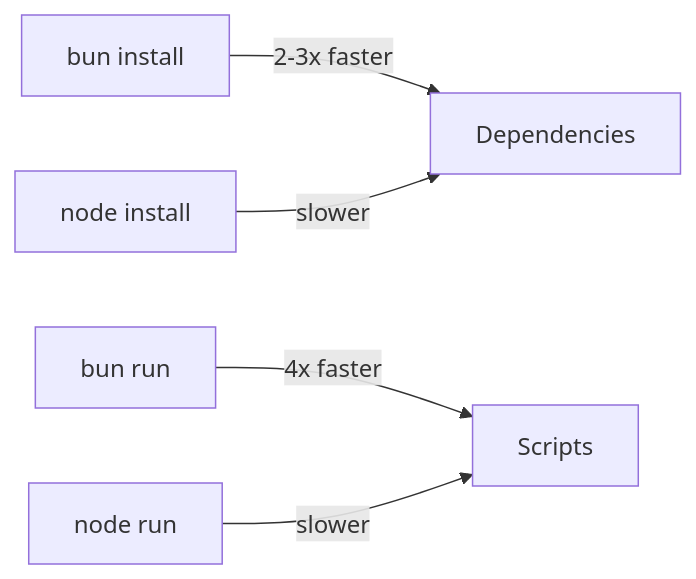
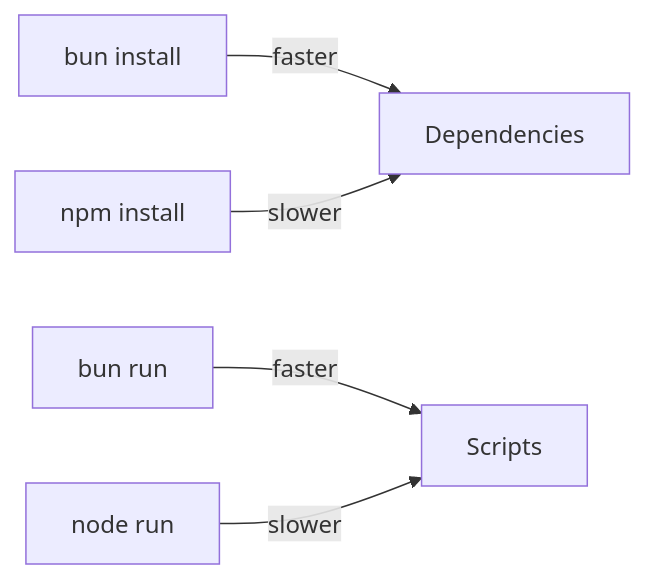
Before and after one commit to sylphxltd/leaf: the first of 2 diagrams in docs/docs/why.mdx, drawn with Mermaid. The commit also changed other lines of this file and 10 other files, not shown here.

````diff
--- a/docs/docs/why.mdx
+++ b/docs/docs/why.mdx
@@ -56,8 +57,8 @@
 ```mermaid
 graph LR
-    A[bun install] -->|2-3x faster| B[Dependencies]
-    C[node install] -->|slower| B
+    A[bun install] -->|faster| B[Dependencies]
+    C[npm install] -->|slower| B
 
-    D[bun run] -->|4x faster| E[Scripts]
+    D[bun run] -->|faster| E[Scripts]
     F[node run] -->|slower| E
 ```
````
